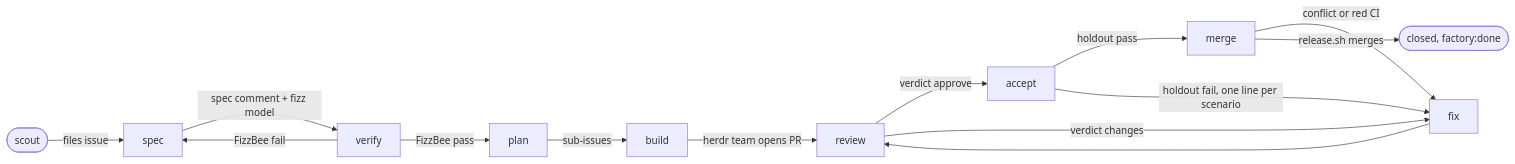
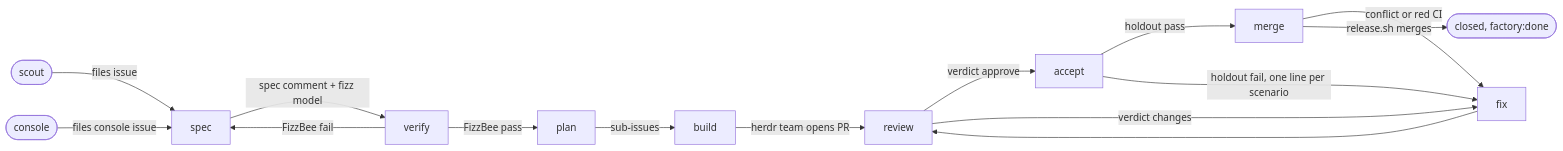
Before and after one commit to GuitarWag/gcp-local: the diagram in docs/factory.md, drawn with Mermaid. The commit also changed other lines of this file and 6 other files, not shown here.

````diff
--- a/docs/factory.md
+++ b/docs/factory.md
@@ -15,16 +15,17 @@
 ```mermaid
 flowchart LR
   scout([scout]) -->|files issue| spec
+  console([console]) -->|files console issue| spec
   spec -->|spec comment + fizz model| verify
   verify -->|FizzBee pass| plan
   verify -->|FizzBee fail| spec
   plan -->|sub-issues| build
   build -->|herdr team opens PR| review
   review -->|verdict approve| accept
   accept -->|holdout pass| merge
   accept -->|holdout fail, one line per scenario| fix
   review -->|verdict changes| fix
   fix --> review
   merge -->|conflict or red CI| fix
   merge -->|release.sh merges| done([closed, factory:done])
 ```
````
